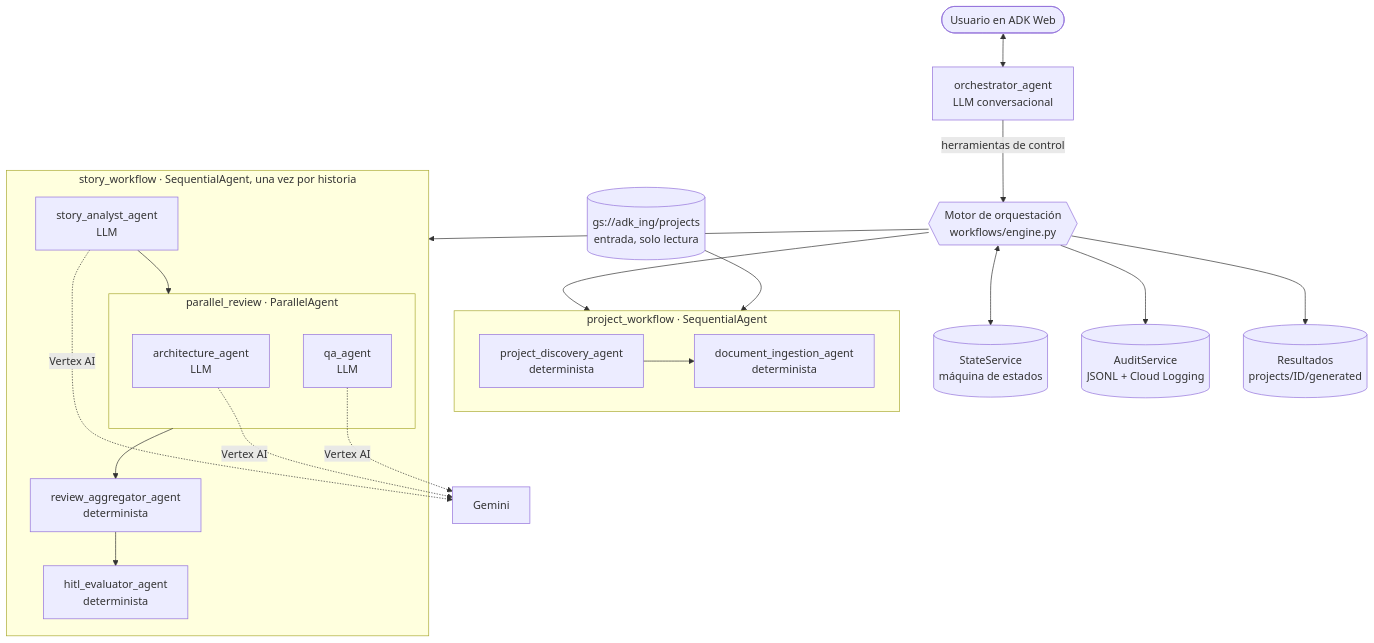
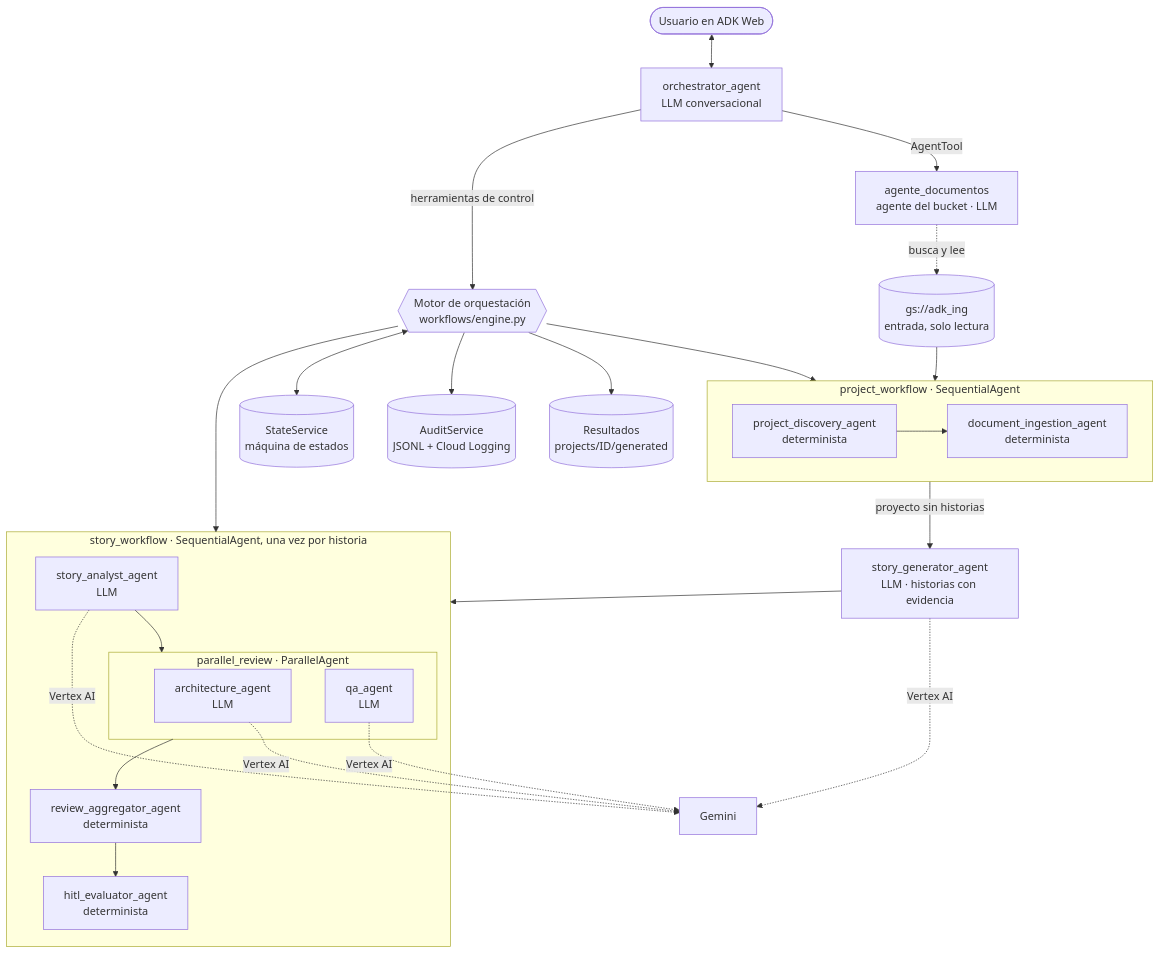
Before and after one commit to germanavila09/INGENIER-A-DE-SOFTWARE-AUMENTADA-CON-INTELIGENCIA-ARTIFICIAL: the first of 4 diagrams in docs/ARQUITECTURA.md, drawn with Mermaid. The commit also changed other lines of this file and 28 other files, not shown here.

First line of the commit message:
Conectar agente del bucket y orquestador; generar historias desde actas y notas

````diff
--- a/docs/ARQUITECTURA.md
+++ b/docs/ARQUITECTURA.md
@@ -10,27 +10,31 @@
 ```mermaid
 flowchart TB
     U([Usuario en ADK Web]) <--> O[orchestrator_agent<br/>LLM conversacional]
     O -- herramientas de control --> E{{Motor de orquestación<br/>workflows/engine.py}}
+    O -- AgentTool --> BA[agente_documentos<br/>agente del bucket · LLM]
+    BA -. busca y lee .-> IN
 
     subgraph PW[project_workflow · SequentialAgent]
         D[project_discovery_agent<br/>determinista] --> I[document_ingestion_agent<br/>determinista]
     end
+    PW -- proyecto sin historias --> GEN[story_generator_agent<br/>LLM · historias con evidencia]
 
     subgraph SW[story_workflow · SequentialAgent, una vez por historia]
         A[story_analyst_agent<br/>LLM] --> P
         subgraph P[parallel_review · ParallelAgent]
             AR[architecture_agent<br/>LLM]
             QA[qa_agent<br/>LLM]
         end
         P --> AG[review_aggregator_agent<br/>determinista]
         AG --> H[hitl_evaluator_agent<br/>determinista]
     end
 
     E --> PW
     E --> SW
     E <--> ST[(StateService<br/>máquina de estados)]
     E --> AU[(AuditService<br/>JSONL + Cloud Logging)]
     E --> RS[(Resultados<br/>projects/ID/generated)]
-    IN[(gs://adk_ing/projects<br/>entrada, solo lectura)] --> PW
-    A & AR & QA -. Vertex AI .-> G[Gemini]
+    IN[(gs://adk_ing<br/>entrada, solo lectura)] --> PW
+    GEN --> SW
+    A & AR & QA & GEN -. Vertex AI .-> G[Gemini]
 ```
````
